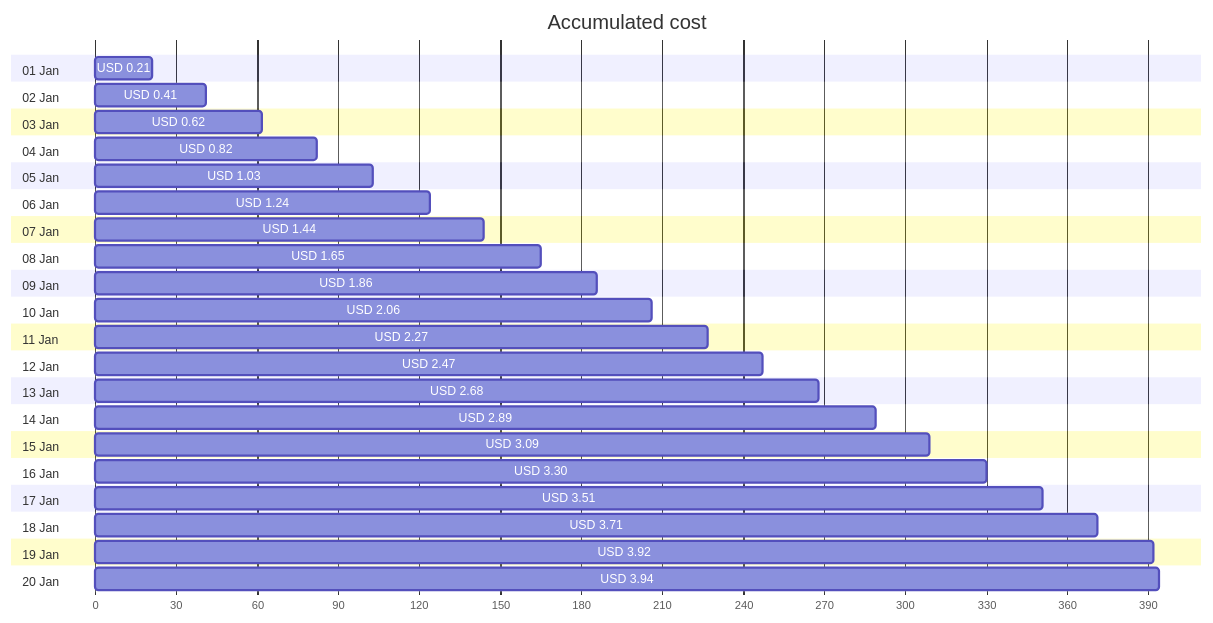
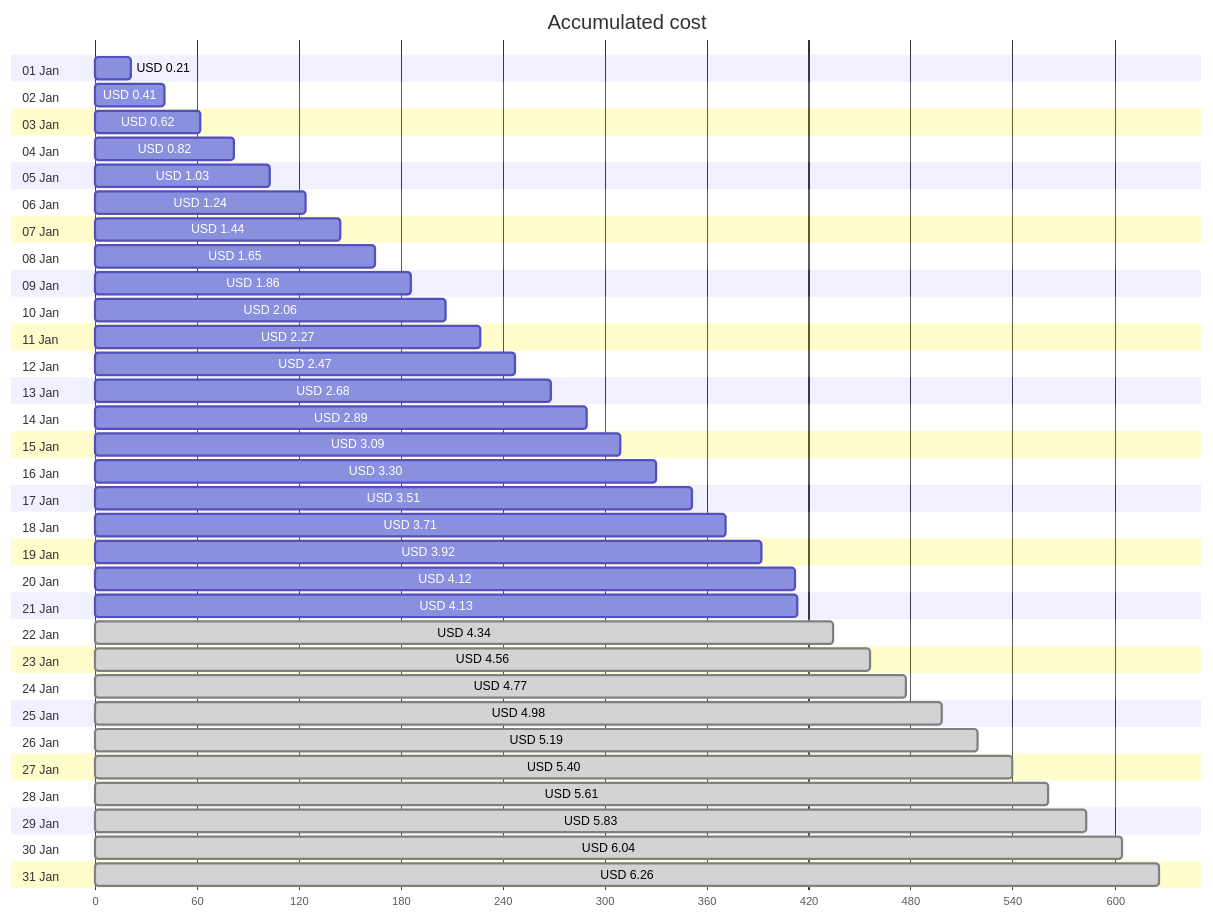
Before and after one commit to jpfulton/azure-personal-reports: the first of 4 diagrams in cost-reports/personal-network/backup-server.md, drawn with Mermaid. The commit also changed other lines of this file and 8 other files, not shown here.

````diff
--- a/cost-reports/personal-network/backup-server.md
+++ b/cost-reports/personal-network/backup-server.md
@@ -20,46 +20,68 @@
 ```mermaid
 gantt
    title Accumulated cost
    dateFormat  X
    axisFormat %s
    section 01 Jan
    USD 0.21 :0, 21
    section 02 Jan
    USD 0.41 :0, 41
    section 03 Jan
    USD 0.62 :0, 62
    section 04 Jan
    USD 0.82 :0, 82
    section 05 Jan
    USD 1.03 :0, 103
    section 06 Jan
    USD 1.24 :0, 124
    section 07 Jan
    USD 1.44 :0, 144
    section 08 Jan
    USD 1.65 :0, 165
    section 09 Jan
    USD 1.86 :0, 186
    section 10 Jan
    USD 2.06 :0, 206
    section 11 Jan
    USD 2.27 :0, 227
    section 12 Jan
    USD 2.47 :0, 247
    section 13 Jan
    USD 2.68 :0, 268
    section 14 Jan
    USD 2.89 :0, 289
    section 15 Jan
    USD 3.09 :0, 309
    section 16 Jan
    USD 3.30 :0, 330
    section 17 Jan
    USD 3.51 :0, 351
    section 18 Jan
    USD 3.71 :0, 371
    section 19 Jan
    USD 3.92 :0, 392
    section 20 Jan
-   USD 3.94 :0, 394
+   USD 4.12 :0, 412
+   section 21 Jan
+   USD 4.13 :0, 413
+   section 22 Jan
+   USD 4.34 : done, 0, 434
+   section 23 Jan
+   USD 4.56 : done, 0, 456
+   section 24 Jan
+   USD 4.77 : done, 0, 477
+   section 25 Jan
+   USD 4.98 : done, 0, 498
+   section 26 Jan
+   USD 5.19 : done, 0, 519
+   section 27 Jan
+   USD 5.40 : done, 0, 540
+   section 28 Jan
+   USD 5.61 : done, 0, 561
+   section 29 Jan
+   USD 5.83 : done, 0, 583
+   section 30 Jan
+   USD 6.04 : done, 0, 604
+   section 31 Jan
+   USD 6.26 : done, 0, 626
 ```
````
